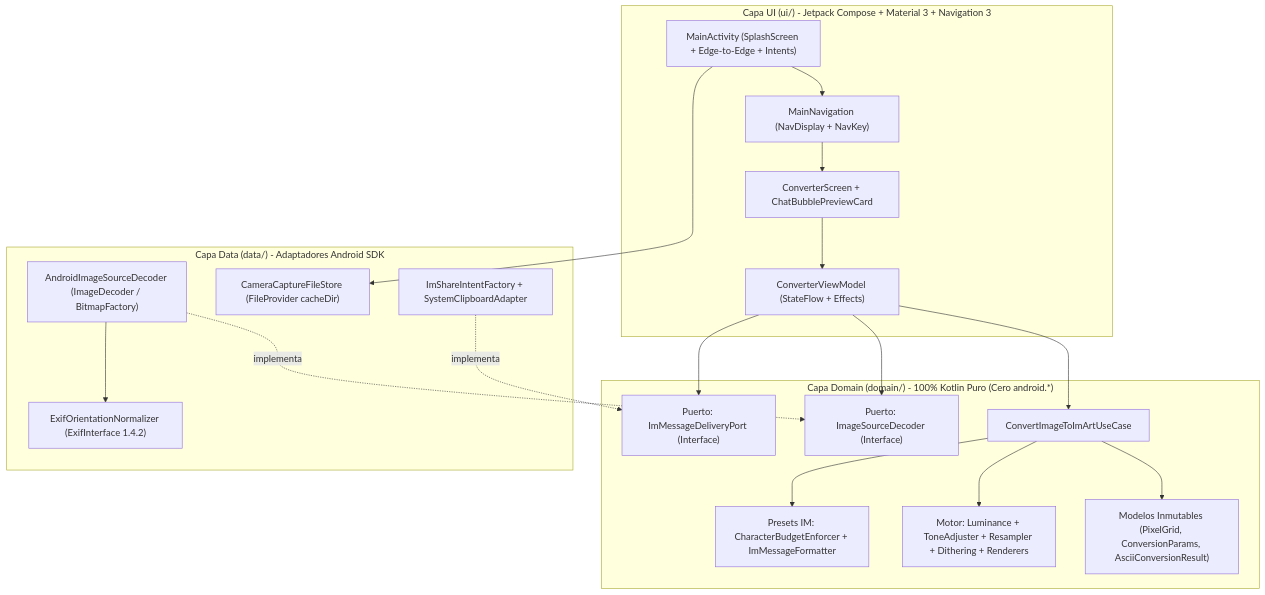
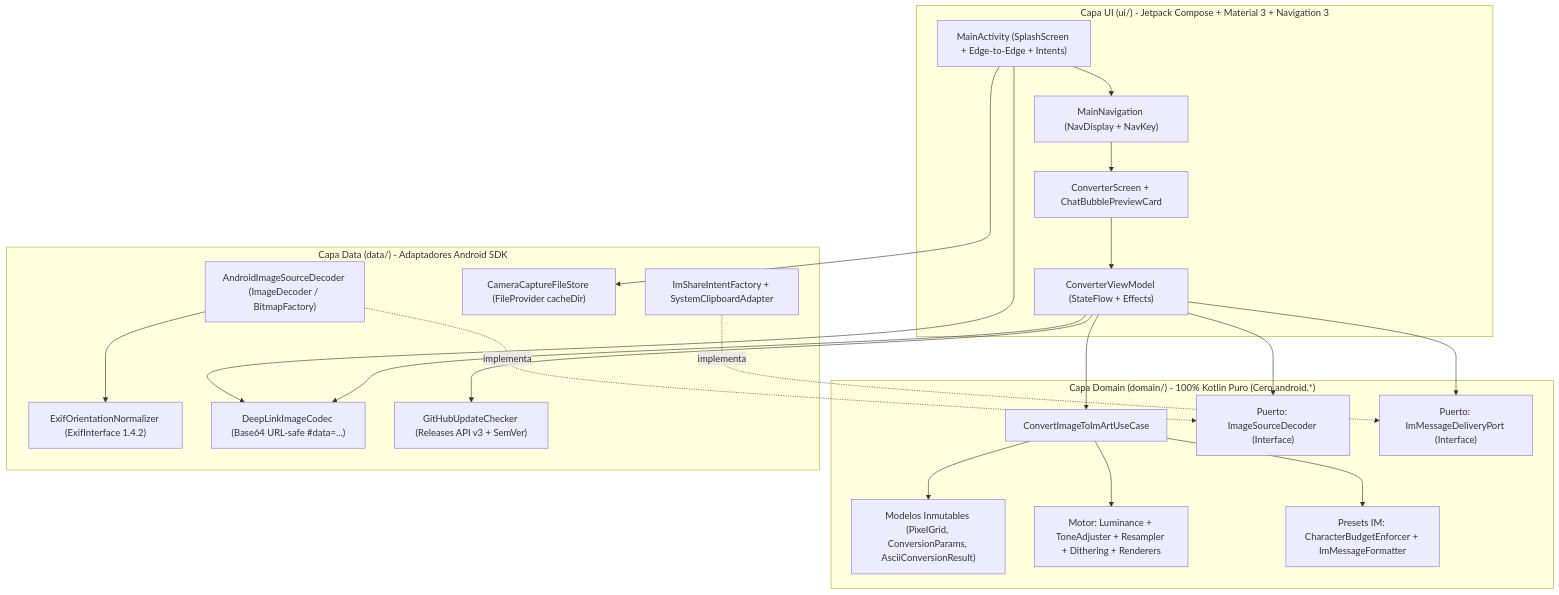
The first of 9 diagrams in docs/TECHNICAL_DEVELOPMENT.md (laralbir/img2asciiIM), drawn with Mermaid before and after one commit. The commit also changed other lines of this file and 17 other files, not shown here.

First line of the commit message:
feat(core): implement HD deep link codec, preview toggles, release signing, and GitHub auto-updates

````diff
--- a/docs/TECHNICAL_DEVELOPMENT.md
+++ b/docs/TECHNICAL_DEVELOPMENT.md
@@ -56,42 +56,47 @@
 ```mermaid
 flowchart TD
     subgraph UI_LAYER["Capa UI (ui/) - Jetpack Compose + Material 3 + Navigation 3"]
         ACT["MainActivity (SplashScreen + Edge-to-Edge + Intents)"]
         NAV["MainNavigation (NavDisplay + NavKey)"]
         SCR["ConverterScreen + ChatBubblePreviewCard"]
         VM["ConverterViewModel (StateFlow + Effects)"]
     end
 
     subgraph DOMAIN_LAYER["Capa Domain (domain/) - 100% Kotlin Puro (Cero android.*)"]
         UC["ConvertImageToImArtUseCase"]
         MOD["Modelos Inmutables (PixelGrid, ConversionParams, AsciiConversionResult)"]
         ENG["Motor: Luminance + ToneAdjuster + Resampler + Dithering + Renderers"]
         BUD["Presets IM: CharacterBudgetEnforcer + ImMessageFormatter"]
         P_DEC["Puerto: ImageSourceDecoder (Interface)"]
         P_DEL["Puerto: ImMessageDeliveryPort (Interface)"]
     end
 
     subgraph DATA_LAYER["Capa Data (data/) - Adaptadores Android SDK"]
         DEC["AndroidImageSourceDecoder (ImageDecoder / BitmapFactory)"]
         EXIF["ExifOrientationNormalizer (ExifInterface 1.4.2)"]
         CAM["CameraCaptureFileStore (FileProvider cacheDir)"]
         DEL["ImShareIntentFactory + SystemClipboardAdapter"]
+        DLI["DeepLinkImageCodec (Base64 URL-safe #data=...)"]
+        UPD["GitHubUpdateChecker (Releases API v3 + SemVer)"]
     end
 
     ACT --> NAV
     NAV --> SCR
     SCR --> VM
 
     VM --> UC
     VM --> P_DEC
     VM --> P_DEL
+    VM --> DLI
+    VM --> UPD
+    ACT --> DLI
 
     UC --> MOD
     UC --> ENG
     UC --> BUD
 
     DEC -.->|"implementa"| P_DEC
     DEC --> EXIF
     ACT --> CAM
     DEL -.->|"implementa"| P_DEL
 ```
````
